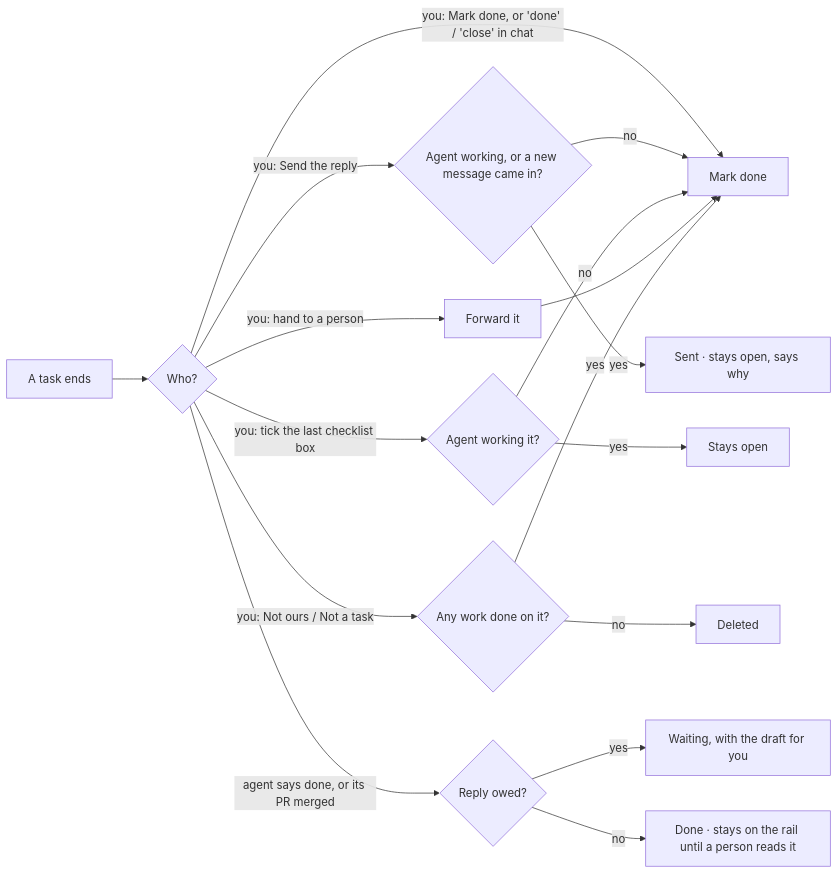
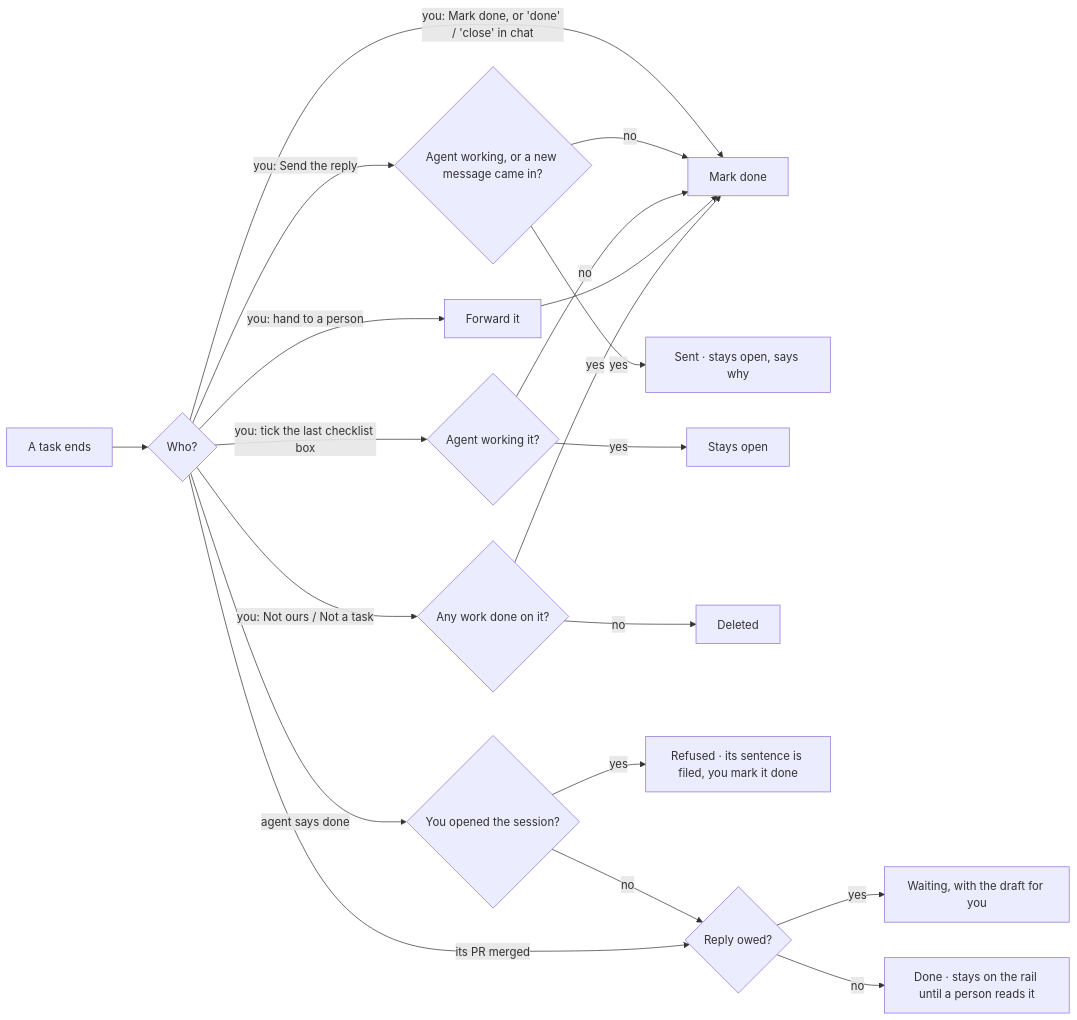
The diagram in docs/how-a-task-ends.md (ldbumble/taskuary), drawn with Mermaid before and after one commit. The commit also changed other lines of this file and 36 other files, not shown here.

````diff
--- a/docs/how-a-task-ends.md
+++ b/docs/how-a-task-ends.md
@@ -24,18 +24,21 @@
 ```mermaid
 flowchart LR
   T["A task ends"] --> W{"Who?"}
   W -->|"you: Mark done, or 'done' / 'close' in chat"| F["Mark done"]
   W -->|"you: Send the reply"| S{"Agent working, or a new message came in?"}
   S -->|no| F
   S -->|yes| S1["Sent · stays open, says why"]
   W -->|"you: tick the last checklist box"| K{"Agent working it?"}
   K -->|no| F
   K -->|yes| K1["Stays open"]
   W -->|"you: hand to a person"| P["Forward it"] --> F
   W -->|"you: Not ours / Not a task"| X{"Any work done on it?"}
   X -->|no| X1["Deleted"]
   X -->|yes| F
-  W -->|"agent says done, or its PR merged"| R{"Reply owed?"}
+  W -->|"agent says done"| O{"You opened the session?"}
+  O -->|yes| O1["Refused · its sentence is filed, you mark it done"]
+  O -->|no| R
+  W -->|"its PR merged"| R{"Reply owed?"}
   R -->|yes| R1["Waiting, with the draft for you"]
   R -->|no| R2["Done · stays on the rail until a person reads it"]
 ```
````
